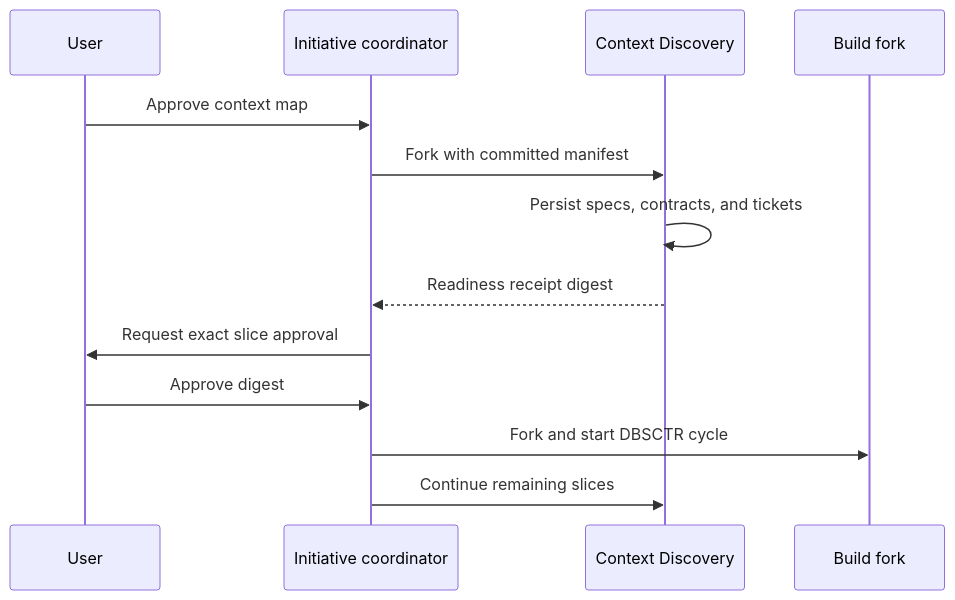
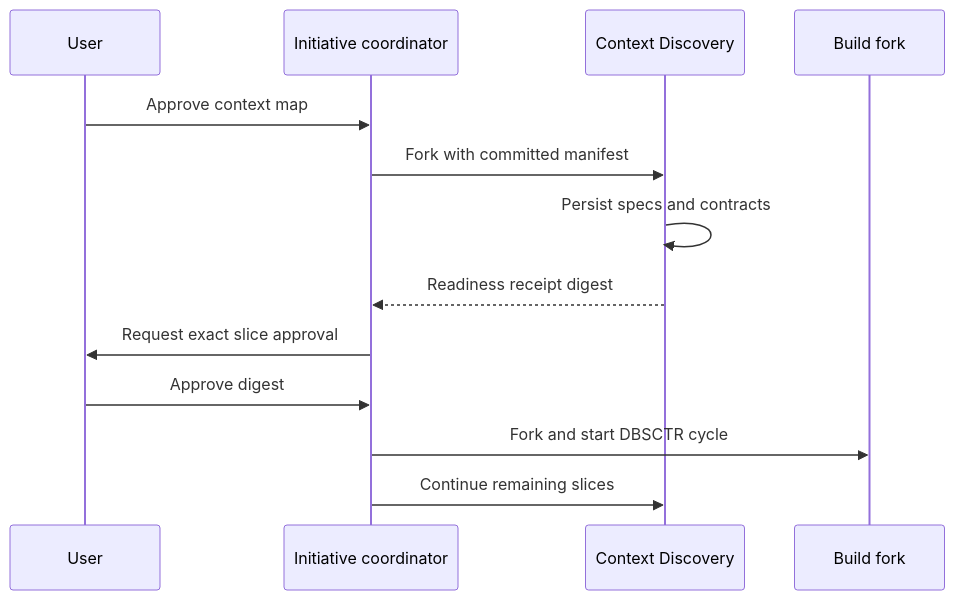
One commit to Saltiola7/dotfiles-ai changed the second of 3 diagrams in docs/specs/dbsctr_v3_lifecycle/features/initiative-discovery.md. Above: the diagram before and after it, drawn with Mermaid. The commit also changed other lines of this file and 19 other files, not shown here.

````diff
--- a/docs/specs/dbsctr_v3_lifecycle/features/initiative-discovery.md
+++ b/docs/specs/dbsctr_v3_lifecycle/features/initiative-discovery.md
@@ -195,17 +193,17 @@
 ```mermaid
 sequenceDiagram
     accTitle: Context discovery and ready-slice promotion
     accDescr: The user approves one context map, the coordinator forks independent context sessions, and each ready slice requires an exact approval before a Build fork starts while Discovery continues.
     participant U as User
     participant I as Initiative coordinator
     participant C as Context Discovery
     participant B as Build fork
     U->>I: Approve context map
     I->>C: Fork with committed manifest
-    C->>C: Persist specs, contracts, and tickets
+    C->>C: Persist specs and contracts
     C-->>I: Readiness receipt digest
     I->>U: Request exact slice approval
     U->>I: Approve digest
     I->>B: Fork and start DBSCTR cycle
     I->>C: Continue remaining slices
 ```
````
